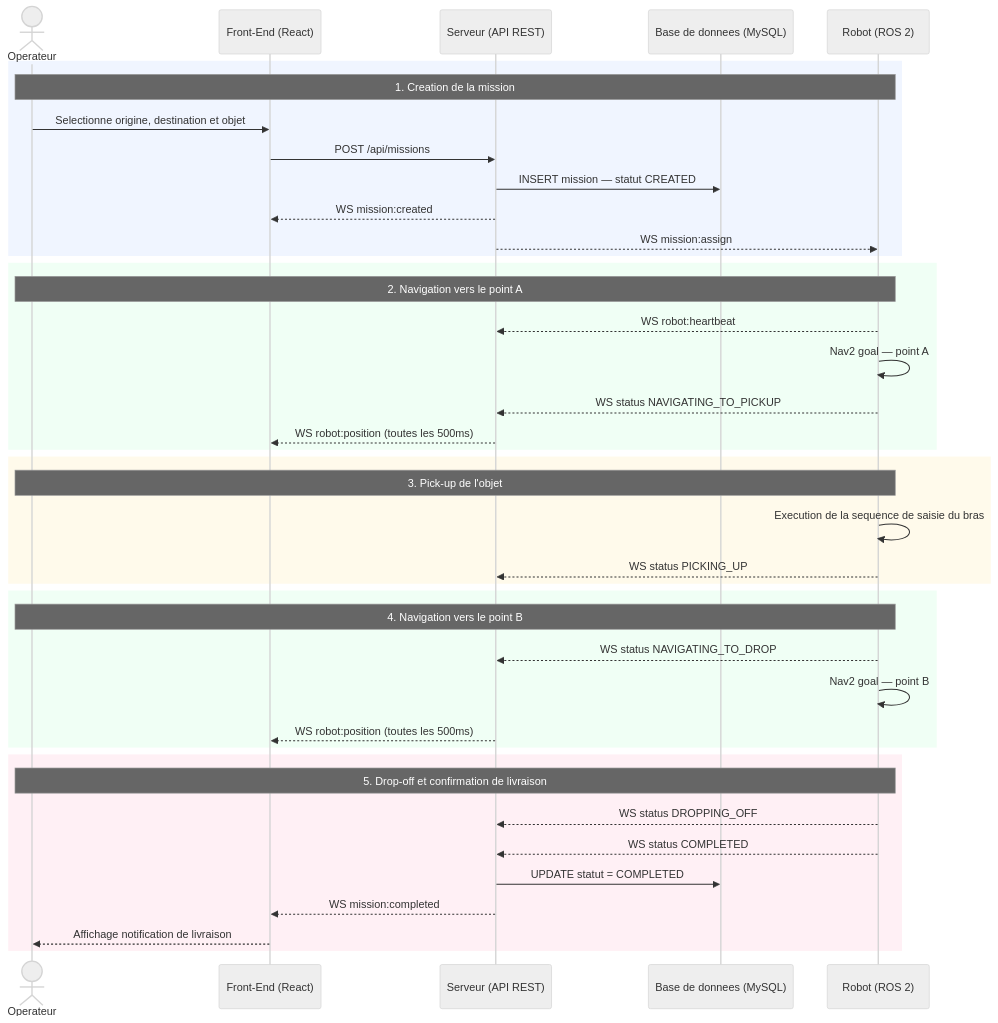
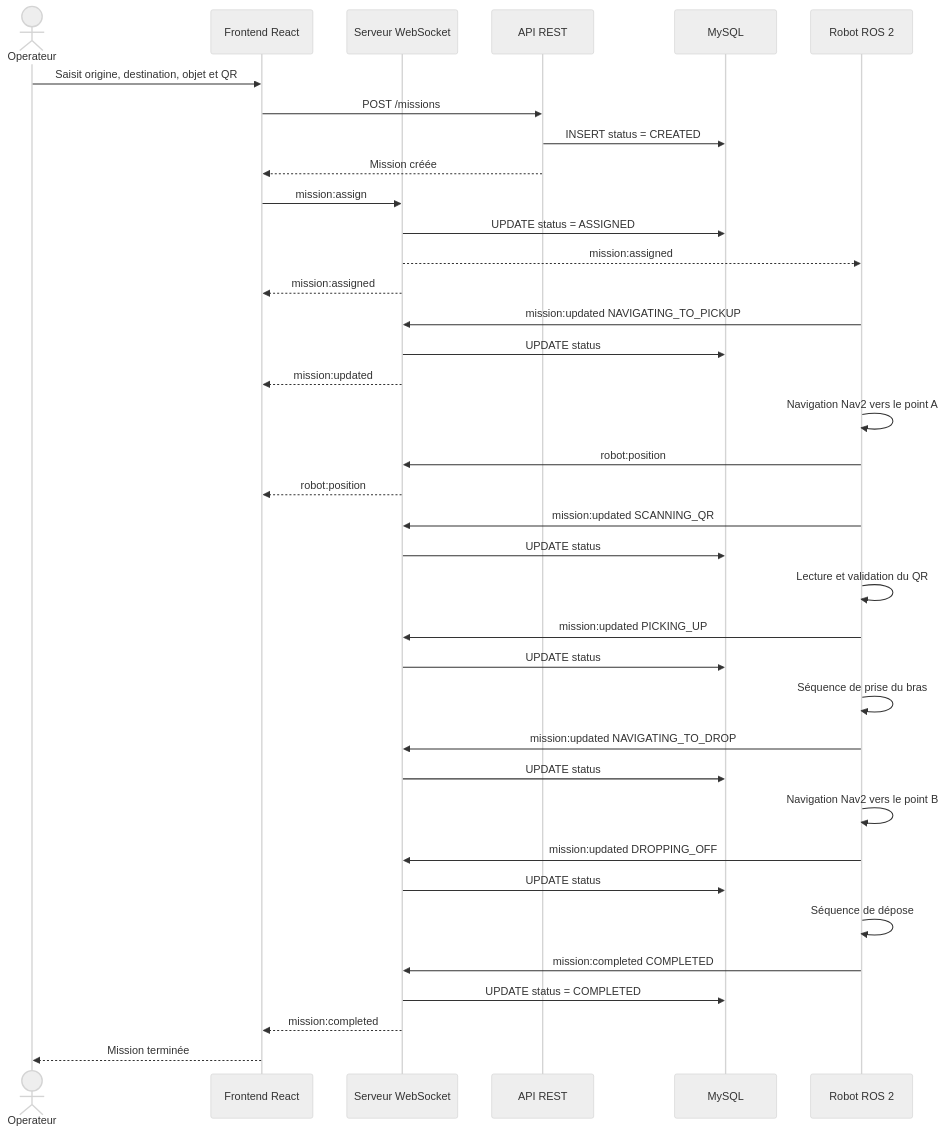
The third of 4 diagrams in docs/uml/diagrammes-uml-RAA.md (Steveksteve/Robotique), drawn with Mermaid (neutral theme) before and after one commit. The commit also changed other lines of this file and 141 other files, not shown here.

````diff
--- a/docs/uml/diagrammes-uml-RAA.md
+++ b/docs/uml/diagrammes-uml-RAA.md
@@ -70,47 +69,48 @@
 ```mermaid
 sequenceDiagram
-    actor      Operateur
-    participant Front   as Front-End (React)
-    participant API     as Serveur (API REST)
-    participant DB      as Base de donnees (MySQL)
-    participant Robot   as Robot (ROS 2)
+    actor Operateur
+    participant Front as Frontend React
+    participant WS as Serveur WebSocket
+    participant API as API REST
+    participant DB as MySQL
+    participant Robot as Robot ROS 2
 
-    rect rgb(240, 245, 255)
-        Note over Operateur, Robot: 1. Creation de la mission
-        Operateur ->> Front : Selectionne origine, destination et objet
-        Front     ->> API   : POST /api/missions
-        API       ->> DB    : INSERT mission — statut CREATED
-        API      -->> Front : WS mission:created
-        API      -->> Robot : WS mission:assign
-    end
+    Operateur ->> Front : Saisit origine, destination, objet et QR
+    Front ->> API : POST /missions
+    API ->> DB : INSERT status = CREATED
+    API -->> Front : Mission créée
 
-    rect rgb(240, 255, 245)
-        Note over Operateur, Robot: 2. Navigation vers le point A
-        Robot    -->> API   : WS robot:heartbeat
-        Robot     ->> Robot : Nav2 goal — point A
-        Robot    -->> API   : WS status NAVIGATING_TO_PICKUP
-        API      -->> Front : WS robot:position (toutes les 500ms)
-    end
+    Front ->> WS : mission:assign
+    WS ->> DB : UPDATE status = ASSIGNED
+    WS -->> Robot : mission:assigned
+    WS -->> Front : mission:assigned
 
-    rect rgb(255, 250, 235)
-        Note over Operateur, Robot: 3. Pick-up de l'objet
-        Robot     ->> Robot : Execution de la sequence de saisie du bras
-        Robot    -->> API   : WS status PICKING_UP
-    end
+    Robot ->> WS : mission:updated NAVIGATING_TO_PICKUP
+    WS ->> DB : UPDATE status
+    WS -->> Front : mission:updated
 
-    rect rgb(240, 255, 245)
-        Note over Operateur, Robot: 4. Navigation vers le point B
-        Robot    -->> API   : WS status NAVIGATING_TO_DROP
-        Robot     ->> Robot : Nav2 goal — point B
-        API      -->> Front : WS robot:position (toutes les 500ms)
-    end
+    Robot ->> Robot : Navigation Nav2 vers le point A
+    Robot ->> WS : robot:position
+    WS -->> Front : robot:position
 
-    rect rgb(255, 240, 245)
-        Note over Operateur, Robot: 5. Drop-off et confirmation de livraison
-        Robot    -->> API   : WS status DROPPING_OFF
-        Robot    -->> API   : WS status COMPLETED
-        API       ->> DB    : UPDATE statut = COMPLETED
-        API      -->> Front : WS mission:completed
-        Front    -->> Operateur : Affichage notification de livraison
-    end
+    Robot ->> WS : mission:updated SCANNING_QR
+    WS ->> DB : UPDATE status
+    Robot ->> Robot : Lecture et validation du QR
+
+    Robot ->> WS : mission:updated PICKING_UP
+    WS ->> DB : UPDATE status
+    Robot ->> Robot : Séquence de prise du bras
+
+    Robot ->> WS : mission:updated NAVIGATING_TO_DROP
+    WS ->> DB : UPDATE status
+    Robot ->> Robot : Navigation Nav2 vers le point B
+
+    Robot ->> WS : mission:updated DROPPING_OFF
+    WS ->> DB : UPDATE status
+    Robot ->> Robot : Séquence de dépose
+
+    Robot ->> WS : mission:completed COMPLETED
+    WS ->> DB : UPDATE status = COMPLETED
+    WS -->> Front : mission:completed
+    Front -->> Operateur : Mission terminée
 ```
````
